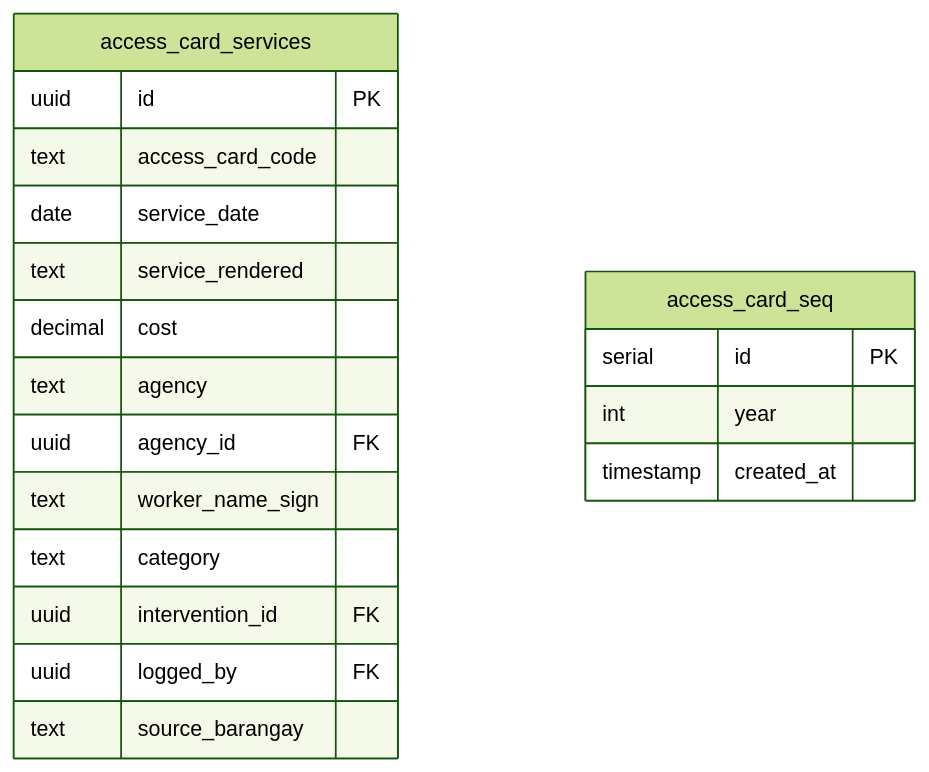
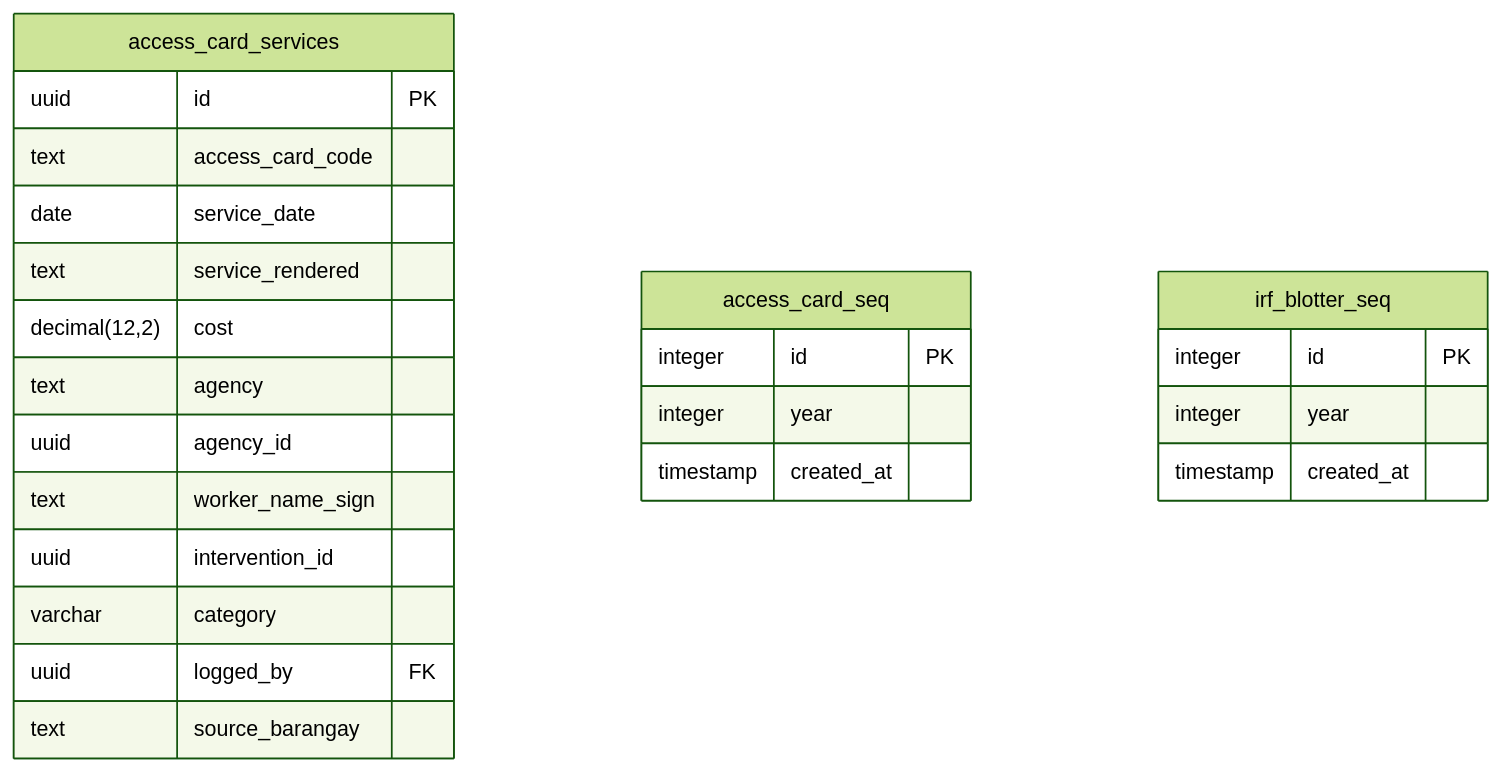
Before and after one commit to urlsalimbot/THESIS1-KAPWA: the seventh of 10 diagrams in docs/diagrams/06-erd.md, drawn with Mermaid (forest theme). The commit also changed other lines of this file, not shown here.

First line of the commit message:
docs(erd): physical data model in Oracle Data Modeler notation

````diff
--- a/docs/diagrams/06-erd.md
+++ b/docs/diagrams/06-erd.md
@@ -349,22 +1478,30 @@
 ```mermaid
 erDiagram
-    access_card_services {
+    "access_card_services" {
         uuid id PK
         text access_card_code
         date service_date
         text service_rendered
-        decimal cost
+        decimal(12,2) cost
         text agency
-        uuid agency_id FK
+        uuid agency_id
         text worker_name_sign
-        text category
-        uuid intervention_id FK
+        uuid intervention_id
+        varchar category
         uuid logged_by FK
         text source_barangay
     }
-    access_card_seq {
-        serial id PK
-        int year
+
+    "access_card_seq" {
+        integer id PK
+        integer year
         timestamp created_at
     }
+
+    "irf_blotter_seq" {
+        integer id PK
+        integer year
+        timestamp created_at
+    }
+
 ```
````
